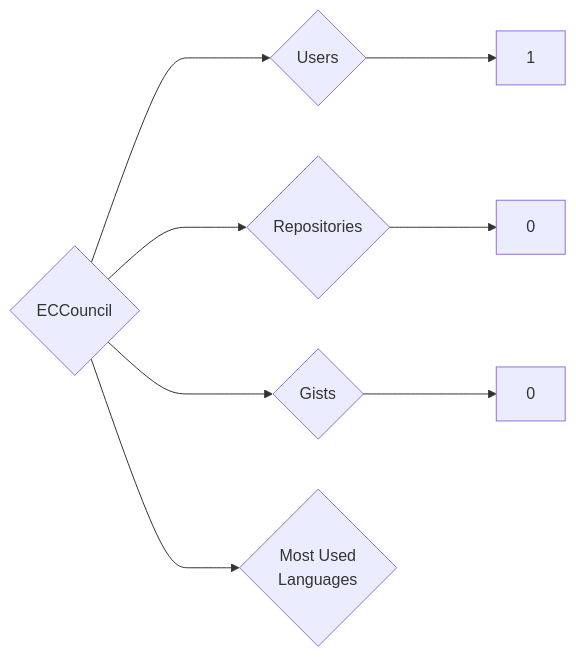
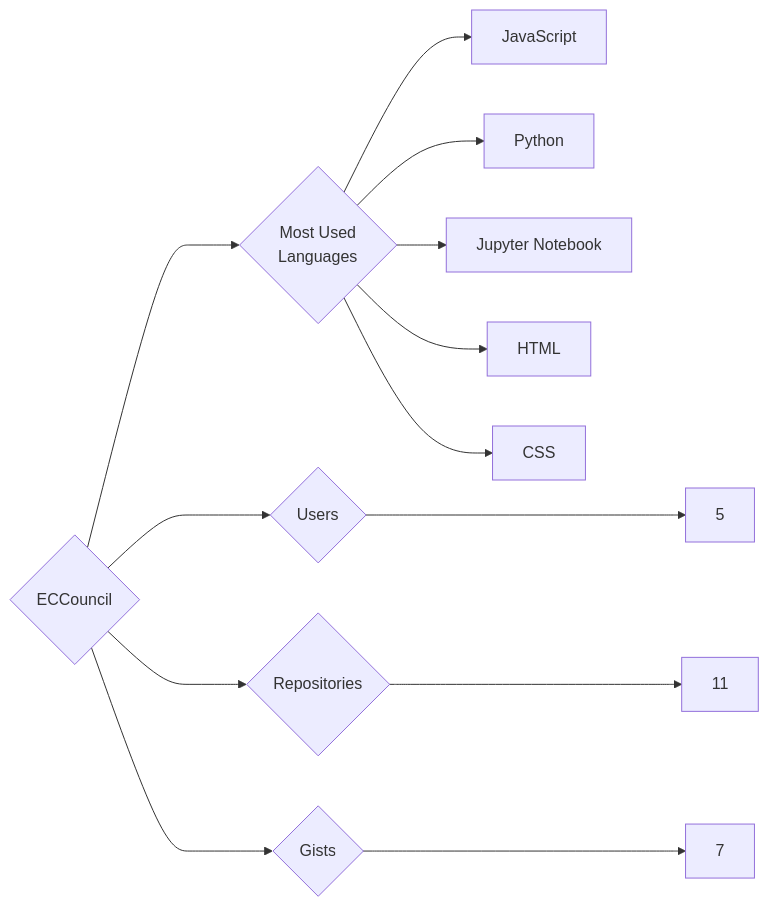
One commit to trickest/insiders changed the diagram in targets/ECCouncil/README.md. Above: the diagram before and after it, drawn with Mermaid. The commit also changed 1314 other files, not shown here.

````diff
--- a/targets/ECCouncil/README.md
+++ b/targets/ECCouncil/README.md
@@ -3,8 +3,13 @@
 ```mermaid
 graph LR
 COMPANY_NAME{ECCouncil}
-COMPANY_NAME ---> U{Users} ---> UN[1]
-COMPANY_NAME ---> R{Repositories} ---> RN[0]
-COMPANY_NAME ---> G{Gists} ---> GN[0]
+COMPANY_NAME ---> U{Users} ---> UN[5]
+COMPANY_NAME ---> R{Repositories} ---> RN[11]
+COMPANY_NAME ---> G{Gists} ---> GN[7]
 COMPANY_NAME ---> ML{Most Used<br>Languages}
+ML --> JavaScript[JavaScript]
+ML --> Python[Python]
+ML --> Jupyter_Notebook[Jupyter Notebook]
+ML --> HTML[HTML]
+ML --> CSS[CSS]
 ```
````
